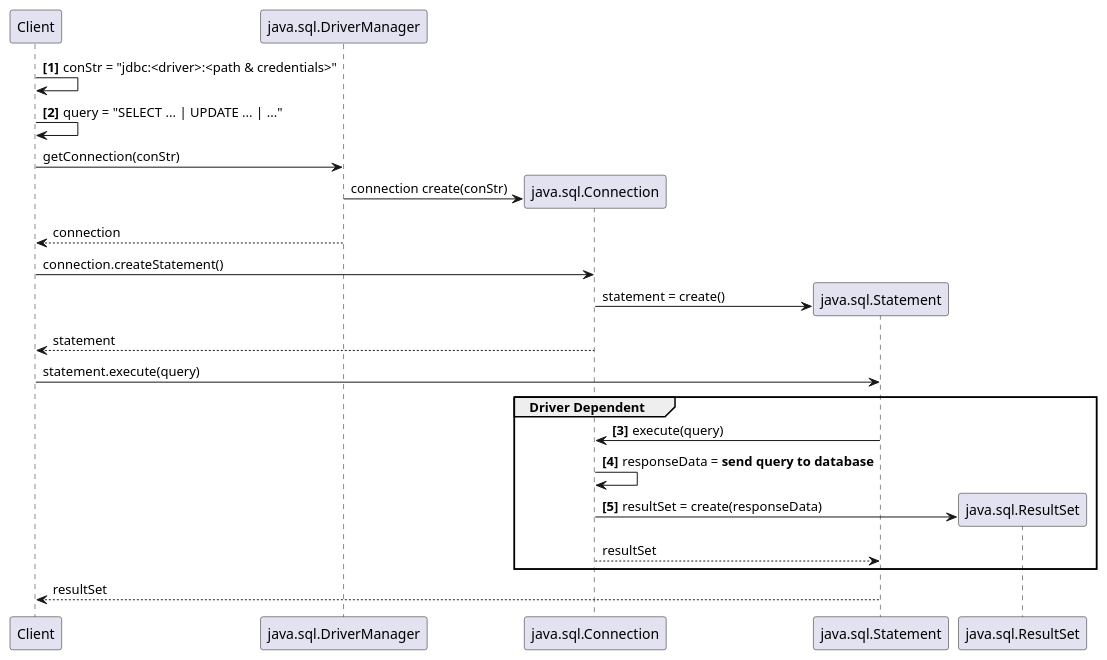
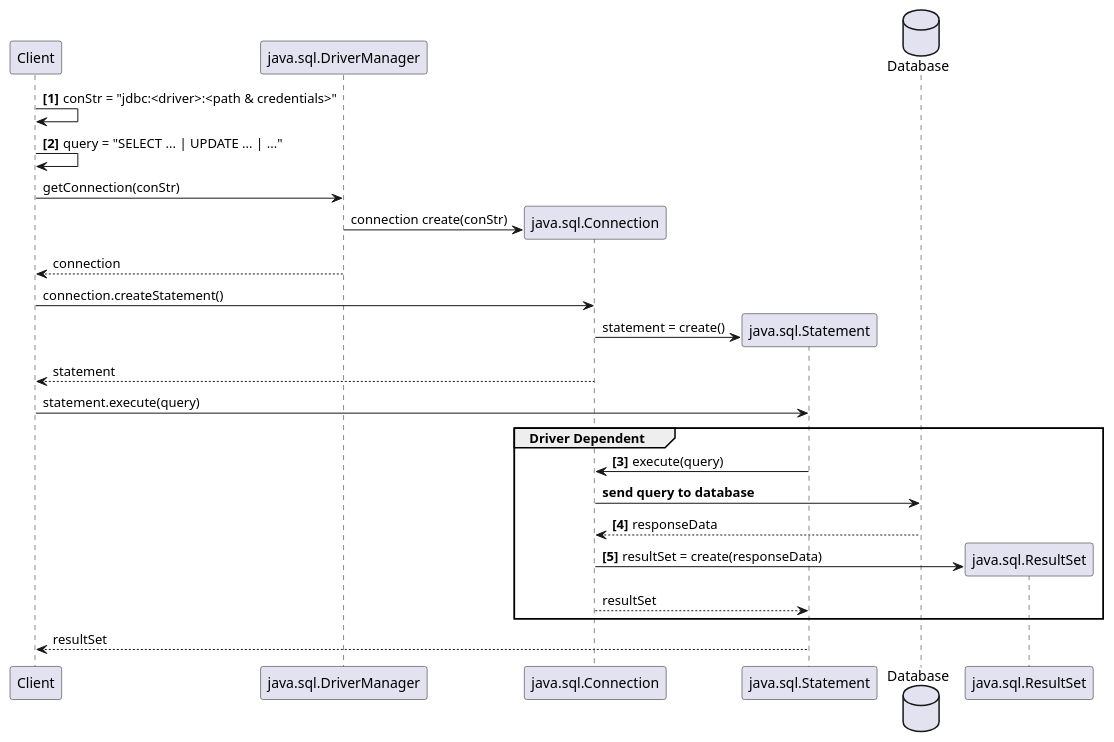
The diagram in figures/jdbc.puml (ESTS-RS/sqlite-example), drawn with PlantUML before and after one commit. The commit also changed 1 other file, not shown here.

```diff
--- a/figures/jdbc.puml
+++ b/figures/jdbc.puml
@@ -1,22 +1,26 @@
 @startuml jdbc
 autonumber "<b>[0]"
 Client -> Client : conStr = "jdbc:<driver>:<path & credentials>"
 Client -> Client : query = "SELECT ... | UPDATE ... | ..."
 autonumber stop
 Client -> java.sql.DriverManager : getConnection(conStr)
 java.sql.DriverManager -> java.sql.Connection ** : connection create(conStr)
 java.sql.DriverManager --> Client : connection
 Client -> java.sql.Connection : connection.createStatement()
 java.sql.Connection -> java.sql.Statement ** : statement = create()
 java.sql.Connection --> Client : statement
 Client -> java.sql.Statement : statement.execute(query)
 group Driver Dependent
     autonumber resume
     java.sql.Statement -> java.sql.Connection : execute(query)
-    java.sql.Connection -> java.sql.Connection : responseData = <b>send query to database
+    database Database
+    autonumber stop
+    java.sql.Connection -> Database : <b>send query to database
+    autonumber resume
+    return responseData
     java.sql.Connection -> java.sql.ResultSet ** : resultSet = create(responseData)
     autonumber stop
     java.sql.Connection --> java.sql.Statement : resultSet
 end
 java.sql.Statement --> Client : resultSet
 @enduml
```
